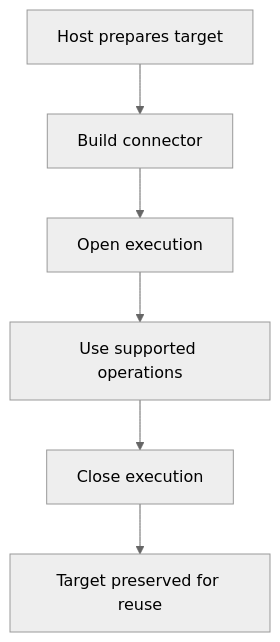
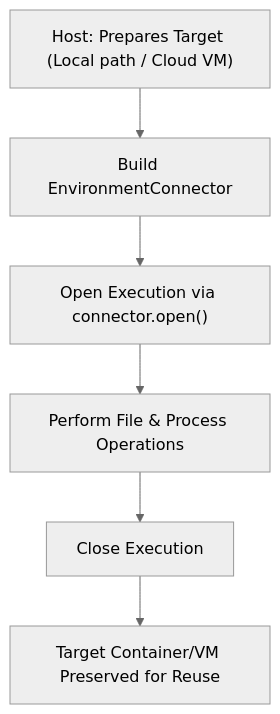
The diagram in docs/environments/index.md (converge-ai-labs/agent-foundation), drawn with Mermaid (neutral theme) before and after one commit. The commit also changed other lines of this file and 39 other files, not shown here.

````diff
--- a/docs/environments/index.md
+++ b/docs/environments/index.md
@@ -56,11 +49,12 @@
 ```mermaid
 flowchart TB
-    Host[Host prepares target] --> Connector[Build connector]
-    Connector --> Execution[Open execution]
-    Execution --> Operations[Use supported operations]
-    Operations --> Close[Close execution]
-    Close --> Target[Target preserved for reuse]
+    Host["Host: Prepares Target (Local path / Cloud VM)"] --> Connector["Build EnvironmentConnector"]
+    Connector --> Exec["Open Execution via connector.open()"]
+    Exec --> Ops["Perform File & Process Operations"]
+    Ops --> Close["Close Execution"]
+    Close --> Target["Target Container/VM Preserved for Reuse"]
+
     class Host app
-    class Connector,Execution,Operations,Close a13n
+    class Connector,Exec,Ops,Close a13n
     class Target store
 ```
````
